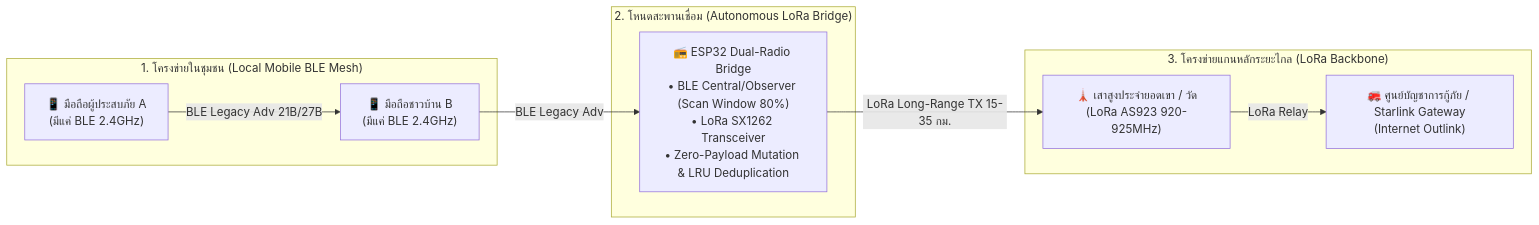
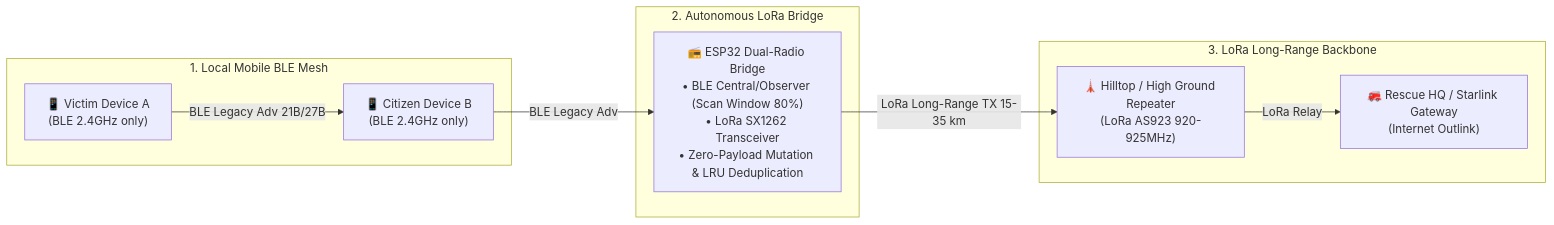
Before and after one commit to thabot/outgrid-mesh: the diagram in TOG_v1.1_WIRE_SPECIFICATION.md, drawn with Mermaid. The commit also changed other lines of this file and 5 other files, not shown here.

````diff
--- a/TOG_v1.1_WIRE_SPECIFICATION.md
+++ b/TOG_v1.1_WIRE_SPECIFICATION.md
@@ -166,21 +167,21 @@
 ```mermaid
 flowchart LR
-    subgraph LocalArea["1. โครงข่ายในชุมชน (Local Mobile BLE Mesh)"]
-        PhoneA["📱 มือถือผู้ประสบภัย A<br>(มีแค่ BLE 2.4GHz)"] 
-        PhoneB["📱 มือถือชาวบ้าน B<br>(มีแค่ BLE 2.4GHz)"]
+    subgraph LocalArea["1. Local Mobile BLE Mesh"]
+        PhoneA["📱 Victim Device A<br>(BLE 2.4GHz only)"] 
+        PhoneB["📱 Citizen Device B<br>(BLE 2.4GHz only)"]
     end
 
-    subgraph BridgeDevice["2. โหนดสะพานเชื่อม (Autonomous LoRa Bridge)"]
+    subgraph BridgeDevice["2. Autonomous LoRa Bridge"]
         ESP32["📻 ESP32 Dual-Radio Bridge<br>• BLE Central/Observer (Scan Window 80%)<br>• LoRa SX1262 Transceiver<br>• Zero-Payload Mutation & LRU Deduplication"]
     end
 
-    subgraph LongRangeBackbone["3. โครงข่ายแกนหลักระยะไกล (LoRa Backbone)"]
-        TowerNode["🗼 เสาสูงประจำยอดเขา / วัด<br>(LoRa AS923 920-925MHz)"]
-        RescueCenter["🚒 ศูนย์บัญชาการกู้ภัย / Starlink Gateway<br>(Internet Outlink)"]
+    subgraph LongRangeBackbone["3. LoRa Long-Range Backbone"]
+        TowerNode["🗼 Hilltop / High Ground Repeater<br>(LoRa AS923 920-925MHz)"]
+        RescueCenter["🚒 Rescue HQ / Starlink Gateway<br>(Internet Outlink)"]
     end
 
     PhoneA -->|BLE Legacy Adv 21B/27B| PhoneB
     PhoneB -->|BLE Legacy Adv| ESP32
-    ESP32 -->|LoRa Long-Range TX 15-35 กม.| TowerNode
+    ESP32 -->|LoRa Long-Range TX 15-35 km| TowerNode
     TowerNode -->|LoRa Relay| RescueCenter
 ```
````
